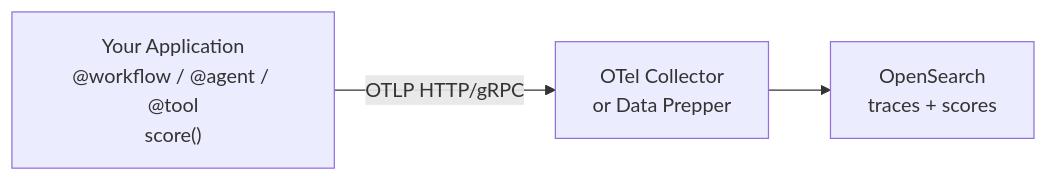
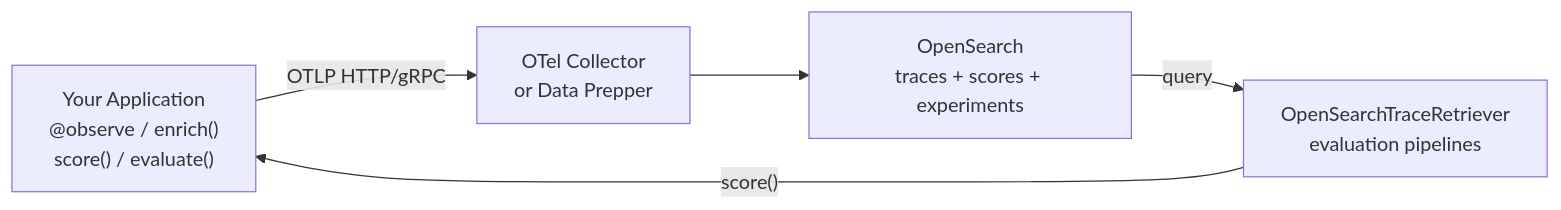
One commit to opensearch-project/observability-stack changed the diagram in docs/starlight-docs/src/content/docs/sdks/index.md. Above: the diagram before and after it, drawn with Mermaid. The commit also changed other lines of this file and 4 other files, not shown here.

````diff
--- a/docs/starlight-docs/src/content/docs/sdks/index.md
+++ b/docs/starlight-docs/src/content/docs/sdks/index.md
@@ -29,5 +36,7 @@
 ```mermaid
 flowchart LR
-    A["Your Application<br/>@workflow / @agent / @tool<br/>score()"] -->|"OTLP HTTP/gRPC"| B["OTel Collector<br/>or Data Prepper"]
-    B --> C["OpenSearch<br/>traces + scores"]
+    A["Your Application<br/>@observe / enrich()<br/>score() / evaluate()"] -->|"OTLP HTTP/gRPC"| B["OTel Collector<br/>or Data Prepper"]
+    B --> C["OpenSearch<br/>traces + scores + experiments"]
+    C -->|"query"| D["OpenSearchTraceRetriever<br/>evaluation pipelines"]
+    D -->|"score()"| A
 ```
````
